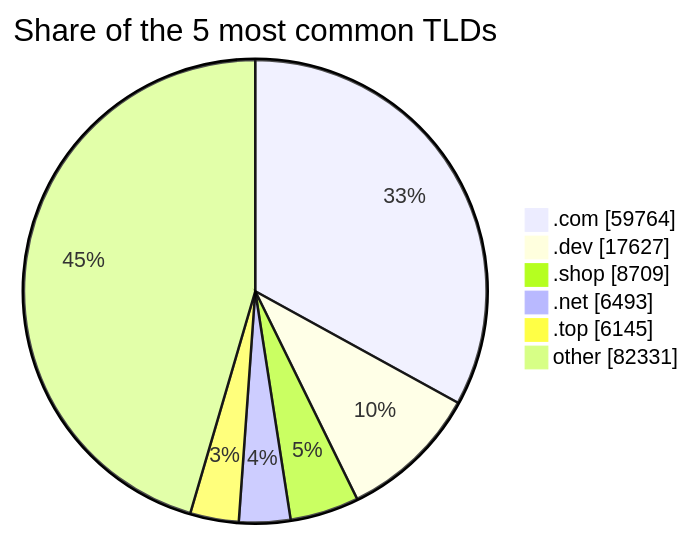
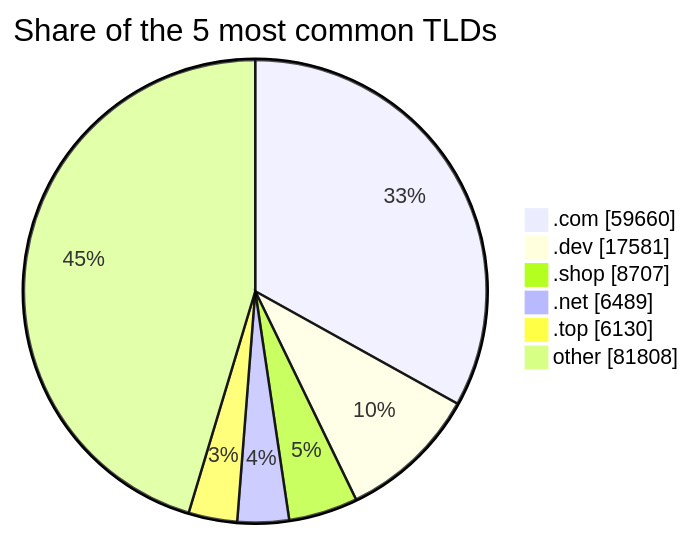
Before and after one commit to DNSBunker/CTI: the third of 3 diagrams in README.md, drawn with Mermaid. The commit also changed other lines of this file and 3 other files, not shown here.

````diff
--- a/README.md
+++ b/README.md
@@ -81,9 +81,9 @@
 ```mermaid
 pie showData title Share of the 5 most common TLDs
-    ".com" : 59764
-    ".dev" : 17627
-    ".shop" : 8709
-    ".net" : 6493
-    ".top" : 6145
-    "other" : 82331
+    ".com" : 59660
+    ".dev" : 17581
+    ".shop" : 8707
+    ".net" : 6489
+    ".top" : 6130
+    "other" : 81808
 ```
````
